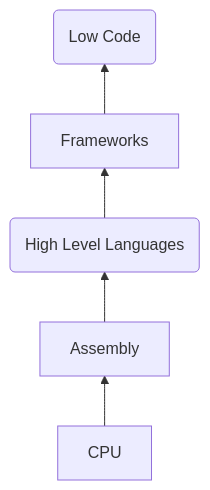
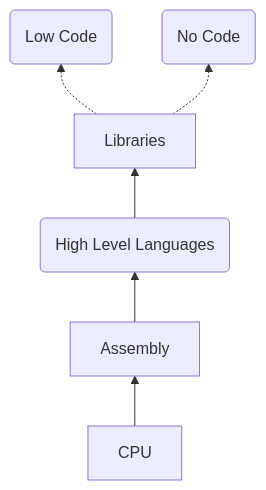
One commit to EkaanshArora/low-code-talk-deck changed the fifth of 5 diagrams in slides.md. Above: the diagram before and after it, drawn with Mermaid. The commit also changed other lines of this file and 13 other files, not shown here.

````diff
--- a/slides.md
+++ b/slides.md
@@ -124,6 +111,6 @@
 ```mermaid {scale: 0.8}
 
 flowchart BT
-CPU --> Assembly --> id1(High Level Languages) --> Frameworks --> id2(Low Code)
+CPU --> Assembly --> id1(High Level Languages) --> Libraries -.-> id2(Low Code) & id3(No Code)
 
 ```
````
